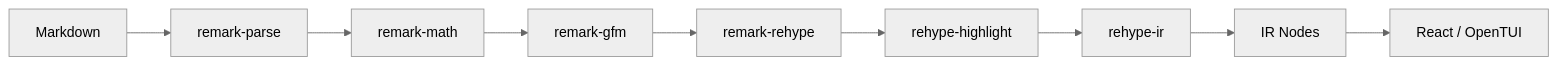
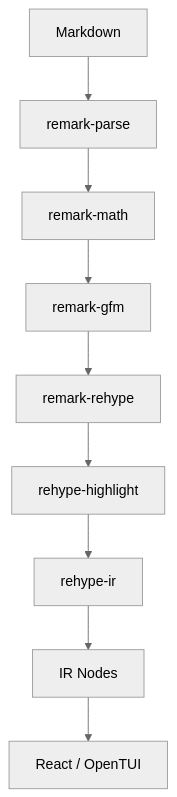
The diagram in README.md (MrNiceRicee/liham), drawn with Mermaid (neutral theme) before and after one commit.

Commit message:
docs(readme): use vertical mermaid diagram for terminal fit

````diff
--- a/README.md
+++ b/README.md
@@ -56,11 +56,11 @@
 ```mermaid
-graph LR
+graph TD
     A[Markdown] --> B[remark-parse]
     B --> C[remark-math]
     C --> D[remark-gfm]
     D --> E[remark-rehype]
     E --> F[rehype-highlight]
     F --> G[rehype-ir]
     G --> H[IR Nodes]
     H --> I[React / OpenTUI]
 ```
````
